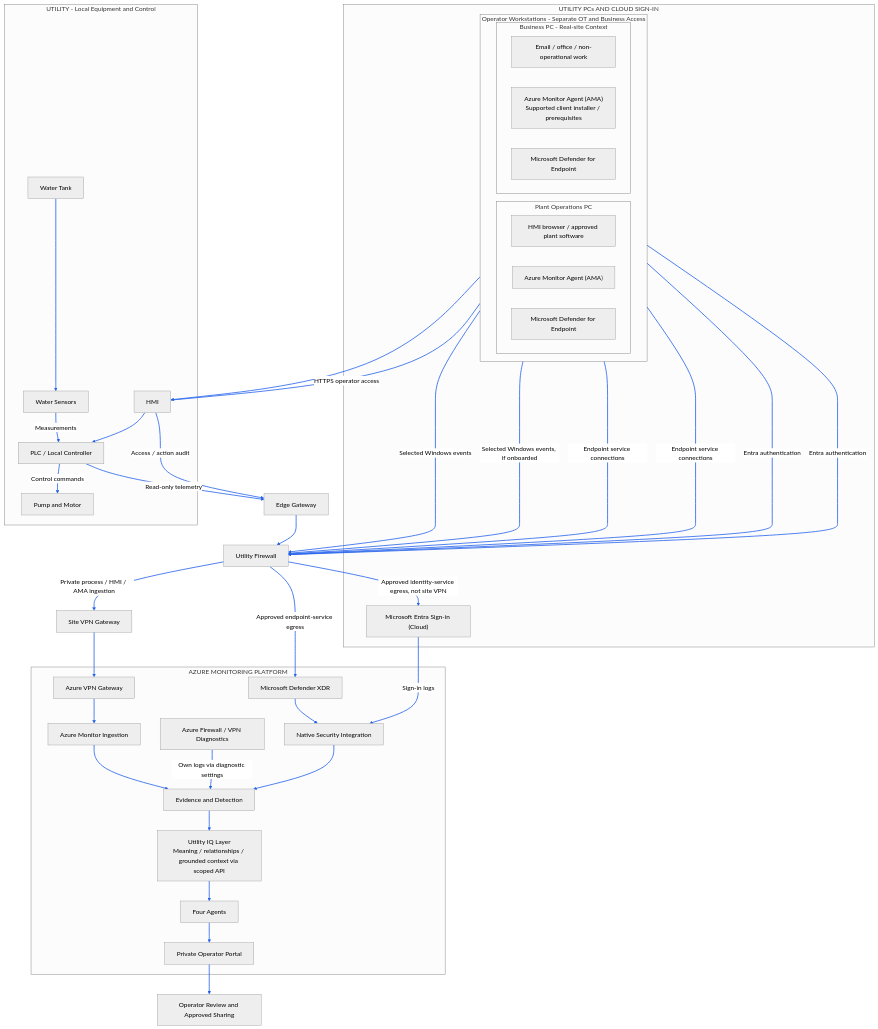
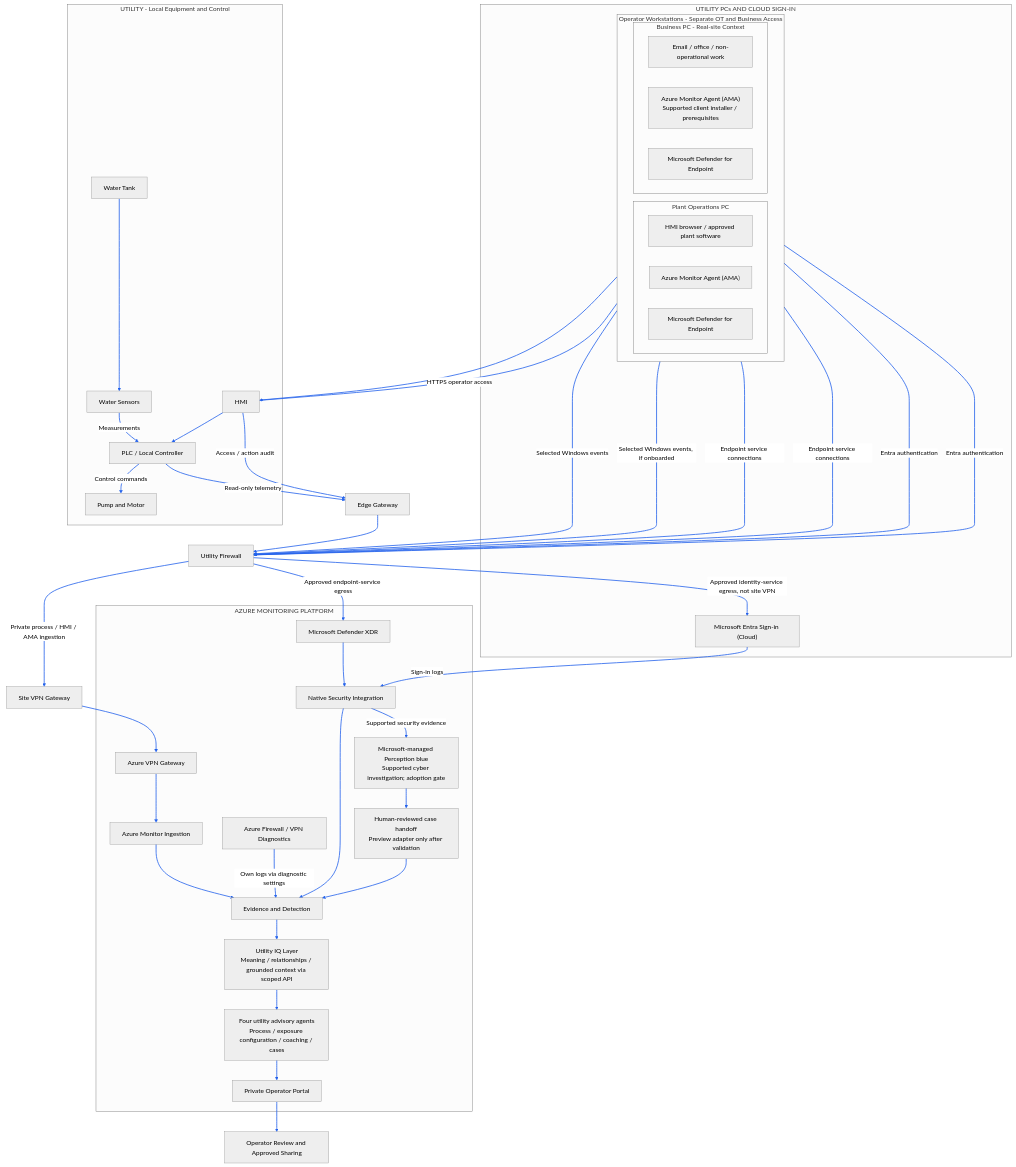
Before and after one commit to srvenkatms/WaterSupplyInisghtIQ: the second of 4 diagrams in docs/target-architecture.md, drawn with Mermaid (neutral theme). The commit also changed other lines of this file and 1 other file, not shown here.

First line of the commit message:
Document Utility IQ ontology and Perception blue architecture

````diff
--- a/docs/target-architecture.md
+++ b/docs/target-architecture.md
@@ -202,75 +220,79 @@
 ```mermaid
 flowchart TB
   subgraph Access["UTILITY PCs AND CLOUD SIGN-IN"]
     subgraph Workstations["Operator Workstations - Separate OT and Business Access"]
       direction LR
       subgraph Desktop["Plant Operations PC"]
         DesktopApps["HMI browser / approved plant software"]
         PlantAMA["Azure Monitor Agent (AMA)"]
         PlantDefender["Microsoft Defender for Endpoint"]
       end
       subgraph BusinessPC["Business PC - Real-site Context"]
         BusinessApps["Email / office / non-operational work"]
         BusinessAMA["Azure Monitor Agent (AMA)<br/>Supported client installer / prerequisites"]
         BusinessDefender["Microsoft Defender for Endpoint"]
       end
     end
     Entra["Microsoft Entra Sign-in (Cloud)"]
   end
 
   subgraph Equipment["UTILITY - Local Equipment and Control"]
     Tank["Water Tank"]
     Sensors["Water Sensors"]
     PLC["PLC / Local Controller"]
     Pump["Pump and Motor"]
     HMI["HMI"]
     Tank --> Sensors
     Sensors -->|"Measurements"| PLC
     PLC -->|"Control commands"| Pump
     HMI --> PLC
   end
 
   Gateway["Edge Gateway"]
   Firewall["Utility Firewall"]
   SiteVPN["Site VPN Gateway"]
   DesktopApps -->|"HTTPS operator access"| HMI
   %% Layout-only link aligns the PCs; business-to-HMI access is prohibited.
   BusinessApps ~~~ HMI
   PLC -->|"Read-only telemetry"| Gateway
   HMI -->|"Access / action audit"| Gateway
   PlantAMA -->|"Selected Windows events"| Firewall
   BusinessAMA -->|"Selected Windows events, if onboarded"| Firewall
   PlantDefender -->|"Endpoint service connections"| Firewall
   BusinessDefender -->|"Endpoint service connections"| Firewall
   DesktopApps -->|"Entra authentication"| Firewall
   BusinessApps -->|"Entra authentication"| Firewall
   Gateway --> Firewall
   Firewall -->|"Private process / HMI / AMA ingestion"| SiteVPN
 
   subgraph Cloud["AZURE MONITORING PLATFORM"]
     CloudVPN["Azure VPN Gateway"]
     Ingestion["Azure Monitor Ingestion"]
     Defender["Microsoft Defender XDR"]
     Diagnostics["Azure Firewall / VPN Diagnostics"]
     Security["Native Security Integration"]
     Evidence["Evidence and Detection"]
     IQ["Utility IQ Layer<br/>Meaning / relationships / grounded context via scoped API"]
-    Agents["Four Agents"]
+    Agents["Four utility advisory agents<br/>Process / exposure configuration / coaching / cases"]
+    Perception["Microsoft-managed Perception blue<br/>Supported cyber investigation; adoption gate"]
+    Handoff["Human-reviewed case handoff<br/>Preview adapter only after validation"]
     Portal["Private Operator Portal"]
     CloudVPN --> Ingestion
     Ingestion --> Evidence
     Defender --> Security
     Diagnostics -->|"Own logs via diagnostic settings"| Evidence
     Security --> Evidence
+    Security -->|"Supported security evidence"| Perception
+    Perception --> Handoff --> Evidence
     Evidence --> IQ
     IQ --> Agents
     Agents --> Portal
   end
 
   SiteVPN --> CloudVPN
   Firewall -->|"Approved endpoint-service egress"| Defender
   Firewall -->|"Approved identity-service egress, not site VPN"| Entra
   Entra -->|"Sign-in logs"| Security
   Portal --> Review["Operator Review and Approved Sharing"]
   linkStyle default stroke:#2563eb,stroke-width:2px;
 ```
````
